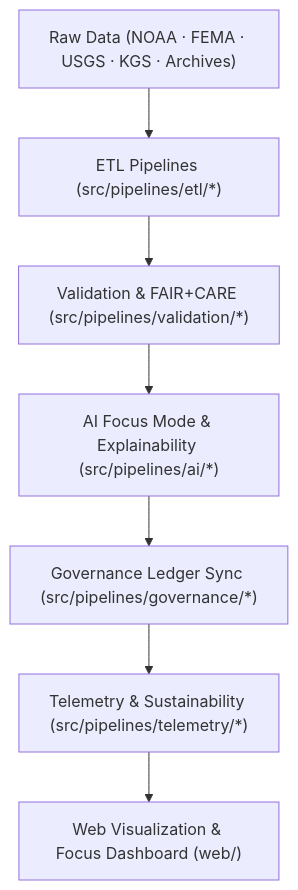
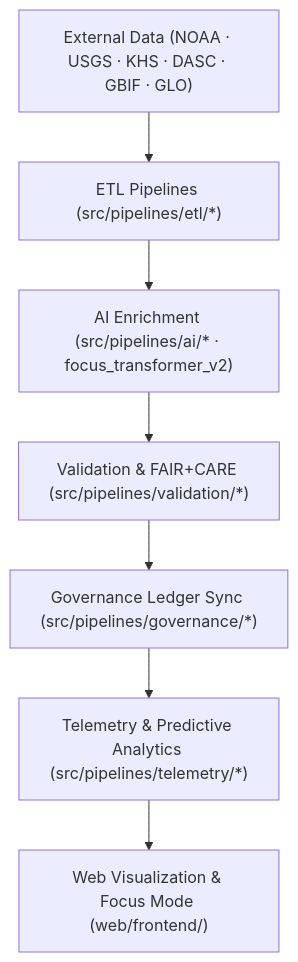
The diagram in docs/architecture/README.md (bartytime4life/Kansas-Frontier-Matrix), drawn with Mermaid before and after one commit. The commit also changed other lines of this file, not shown here.

````diff
--- a/docs/architecture/README.md
+++ b/docs/architecture/README.md
@@ -64,9 +67,9 @@
 ```mermaid
 flowchart TD
-    A["Raw Data (NOAA · FEMA · USGS · KGS · Archives)"] --> B["ETL Pipelines (src/pipelines/etl/*)"]
-    B --> C["Validation & FAIR+CARE (src/pipelines/validation/*)"]
-    C --> D["AI Focus Mode & Explainability (src/pipelines/ai/*)"]
+    A["External Data (NOAA · USGS · KHS · DASC · GBIF · GLO)"] --> B["ETL Pipelines (src/pipelines/etl/*)"]
+    B --> C["AI Enrichment (src/pipelines/ai/* · focus_transformer_v2)"]
+    C --> D["Validation & FAIR+CARE (src/pipelines/validation/*)"]
     D --> E["Governance Ledger Sync (src/pipelines/governance/*)"]
-    E --> F["Telemetry & Sustainability (src/pipelines/telemetry/*)"]
-    F --> G["Web Visualization & Focus Dashboard (web/)"]
+    E --> F["Telemetry & Predictive Analytics (src/pipelines/telemetry/*)"]
+    F --> G["Web Visualization & Focus Mode (web/frontend/)"]
 ```
````
